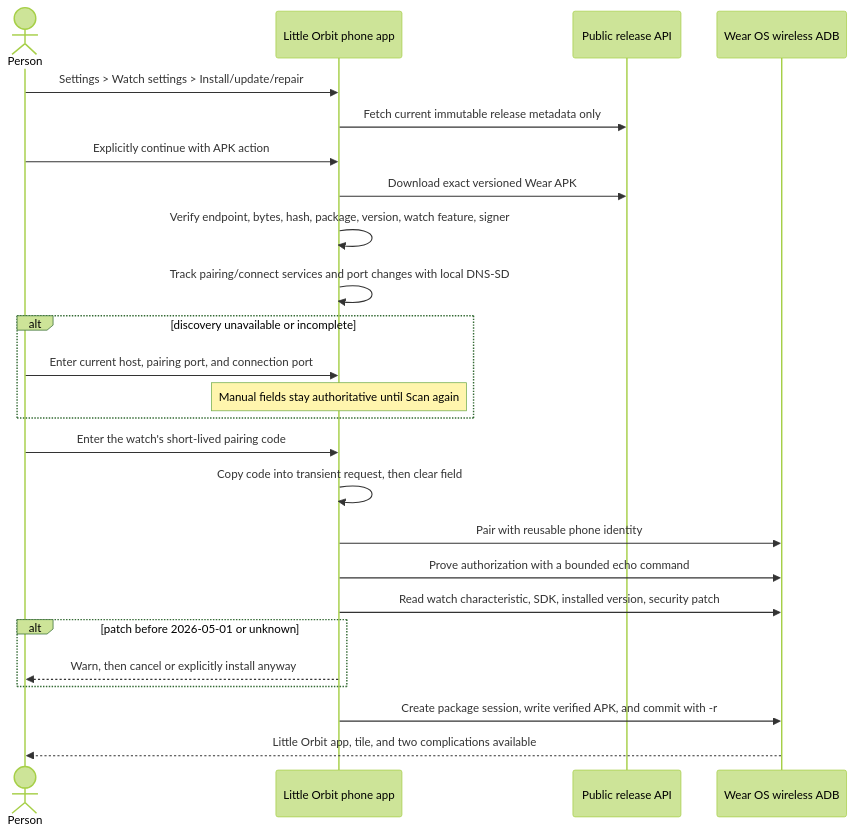
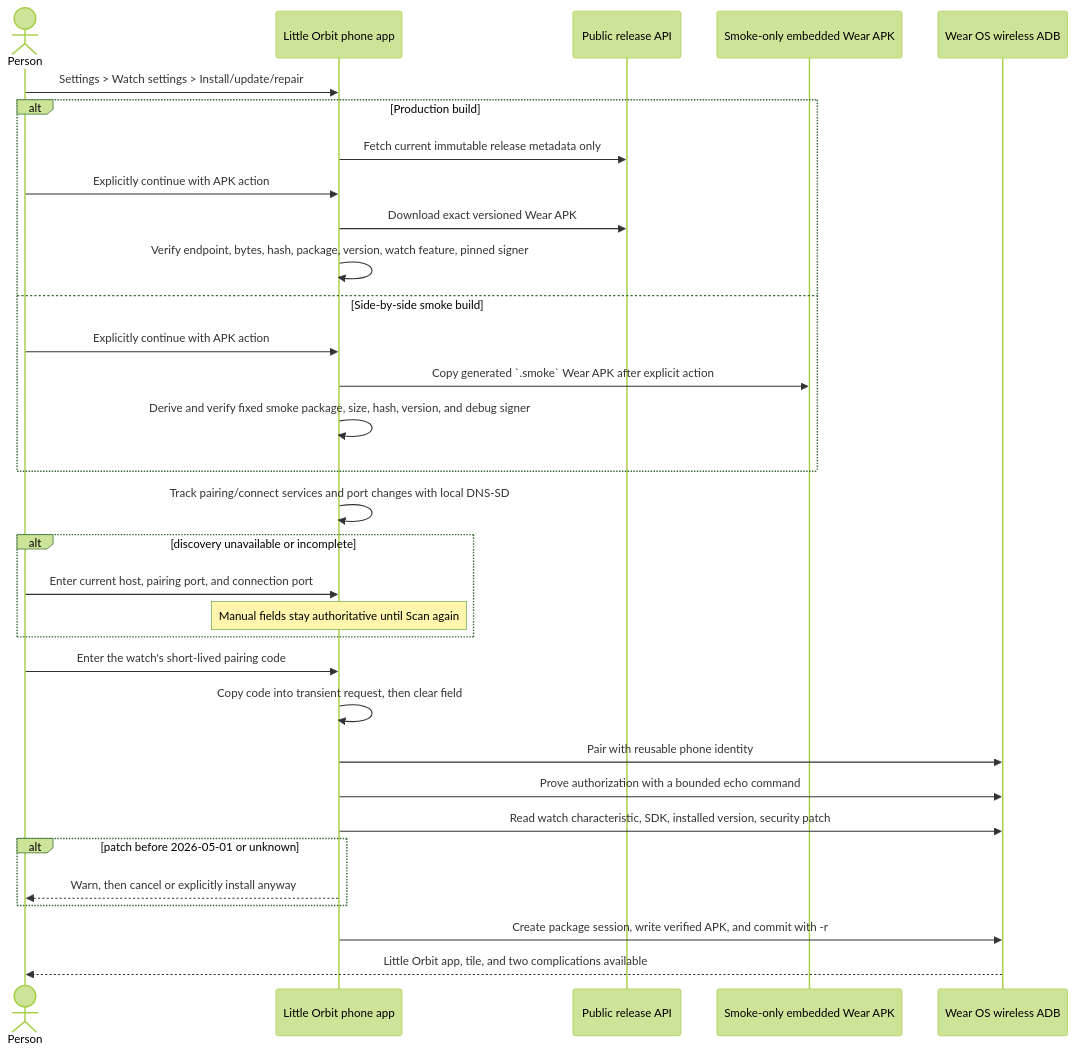
Diagram 20 of 23 in docs/NETWORK-FLOW.md (Captainpax/littleorbit), drawn with Mermaid (forest theme) before and after one commit. The commit also changed other lines of this file and 59 other files, not shown here.

Commit message:
Prepare Little Orbit 1.1.1 watch hardening release

````diff
--- a/docs/NETWORK-FLOW.md
+++ b/docs/NETWORK-FLOW.md
@@ -538,27 +540,34 @@
 ```mermaid
 sequenceDiagram
     actor Person
     participant Phone as Little Orbit phone app
     participant API as Public release API
+    participant Embedded as Smoke-only embedded Wear APK
     participant Watch as Wear OS wireless ADB
     Person->>Phone: Settings > Watch settings > Install/update/repair
-    Phone->>API: Fetch current immutable release metadata only
-    Person->>Phone: Explicitly continue with APK action
-    Phone->>API: Download exact versioned Wear APK
-    Phone->>Phone: Verify endpoint, bytes, hash, package, version, watch feature, signer
+    alt Production build
+        Phone->>API: Fetch current immutable release metadata only
+        Person->>Phone: Explicitly continue with APK action
+        Phone->>API: Download exact versioned Wear APK
+        Phone->>Phone: Verify endpoint, bytes, hash, package, version, watch feature, pinned signer
+    else Side-by-side smoke build
+        Person->>Phone: Explicitly continue with APK action
+        Phone->>Embedded: Copy generated `.smoke` Wear APK after explicit action
+        Phone->>Phone: Derive and verify fixed smoke package, size, hash, version, and debug signer
+    end
     Phone->>Phone: Track pairing/connect services and port changes with local DNS-SD
     alt discovery unavailable or incomplete
         Person->>Phone: Enter current host, pairing port, and connection port
         Note over Phone: Manual fields stay authoritative until Scan again
     end
     Person->>Phone: Enter the watch's short-lived pairing code
     Phone->>Phone: Copy code into transient request, then clear field
     Phone->>Watch: Pair with reusable phone identity
     Phone->>Watch: Prove authorization with a bounded echo command
     Phone->>Watch: Read watch characteristic, SDK, installed version, security patch
     alt patch before 2026-05-01 or unknown
         Phone-->>Person: Warn, then cancel or explicitly install anyway
     end
     Phone->>Watch: Create package session, write verified APK, and commit with -r
     Watch-->>Person: Little Orbit app, tile, and two complications available
 ```
````
